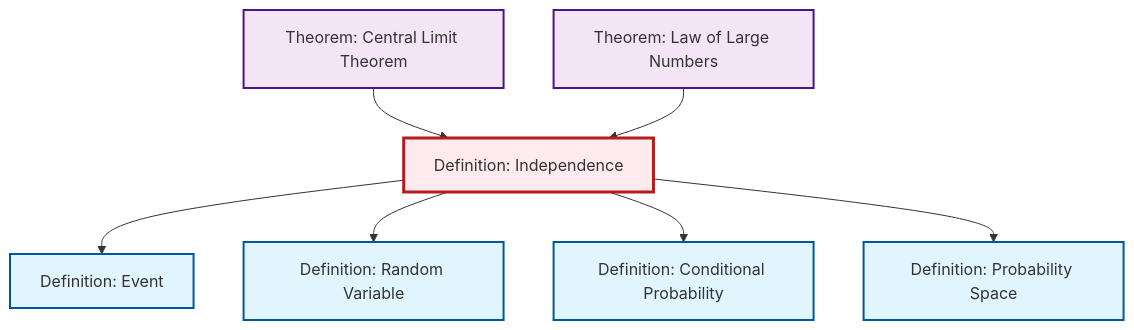
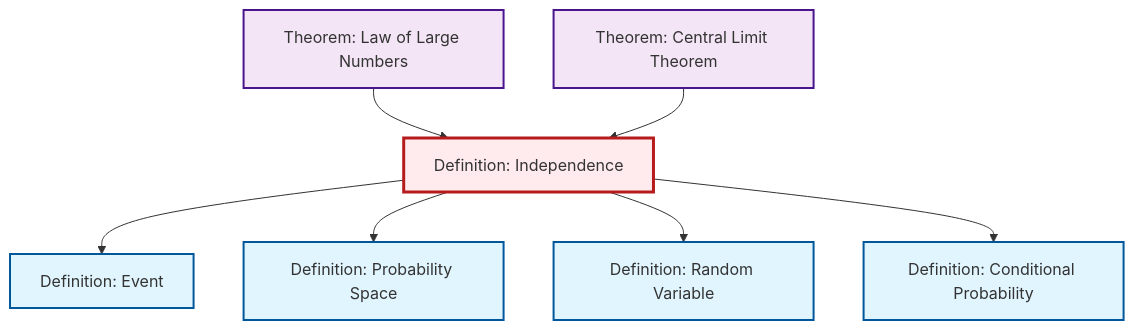
One commit to RK0429/ModernMath changed the diagram in content/en/probability-statistics/def-independence.qmd. Above: the diagram before and after it, drawn with Mermaid. The commit also changed other lines of this file and 497 other files, not shown here.

````diff
--- a/content/en/probability-statistics/def-independence.qmd
+++ b/content/en/probability-statistics/def-independence.qmd
@@ -113,29 +113,29 @@
 ```{mermaid}
 %%| fig-cap: "Local dependency graph"
 graph TD
     classDef definition fill:#e1f5fe,stroke:#01579b,stroke-width:2px
     classDef theorem fill:#f3e5f5,stroke:#4a148c,stroke-width:2px
     classDef axiom fill:#fff3e0,stroke:#e65100,stroke-width:2px
     classDef example fill:#e8f5e9,stroke:#1b5e20,stroke-width:2px
     classDef current fill:#ffebee,stroke:#b71c1c,stroke-width:3px
+    def-random-variable["Definition: Random Variable"]:::definition
     def-conditional-probability["Definition: Conditional Probability"]:::definition
+    thm-central-limit["Theorem: Central Limit Theorem"]:::theorem
     def-event["Definition: Event"]:::definition
+    thm-law-of-large-numbers["Theorem: Law of Large Numbers"]:::theorem
+    def-independence["Definition: Independence"]:::definition
     def-probability-space["Definition: Probability Space"]:::definition
-    def-random-variable["Definition: Random Variable"]:::definition
-    def-independence["Definition: Independence"]:::definition
-    thm-central-limit["Theorem: Central Limit Theorem"]:::theorem
-    thm-law-of-large-numbers["Theorem: Law of Large Numbers"]:::theorem
-    thm-central-limit --> def-independence
     def-independence --> def-event
-    def-independence --> def-random-variable
-    def-independence --> def-conditional-probability
     def-independence --> def-probability-space
     thm-law-of-large-numbers --> def-independence
+    def-independence --> def-random-variable
+    thm-central-limit --> def-independence
+    def-independence --> def-conditional-probability
     class def-independence current
+    click def-random-variable "def-random-variable.html" "Go to Random Variable definition"
     click def-conditional-probability "def-conditional-probability.html" "Go to Conditional Probability definition"
+    click thm-central-limit "thm-central-limit.html" "Go to Central Limit Theorem theorem"
     click def-event "def-event.html" "Go to Event definition"
+    click thm-law-of-large-numbers "thm-law-of-large-numbers.html" "Go to Law of Large Numbers theorem"
     click def-probability-space "def-probability-space.html" "Go to Probability Space definition"
-    click def-random-variable "def-random-variable.html" "Go to Random Variable definition"
-    click thm-central-limit "thm-central-limit.html" "Go to Central Limit Theorem theorem"
-    click thm-law-of-large-numbers "thm-law-of-large-numbers.html" "Go to Law of Large Numbers theorem"
 ```
````
